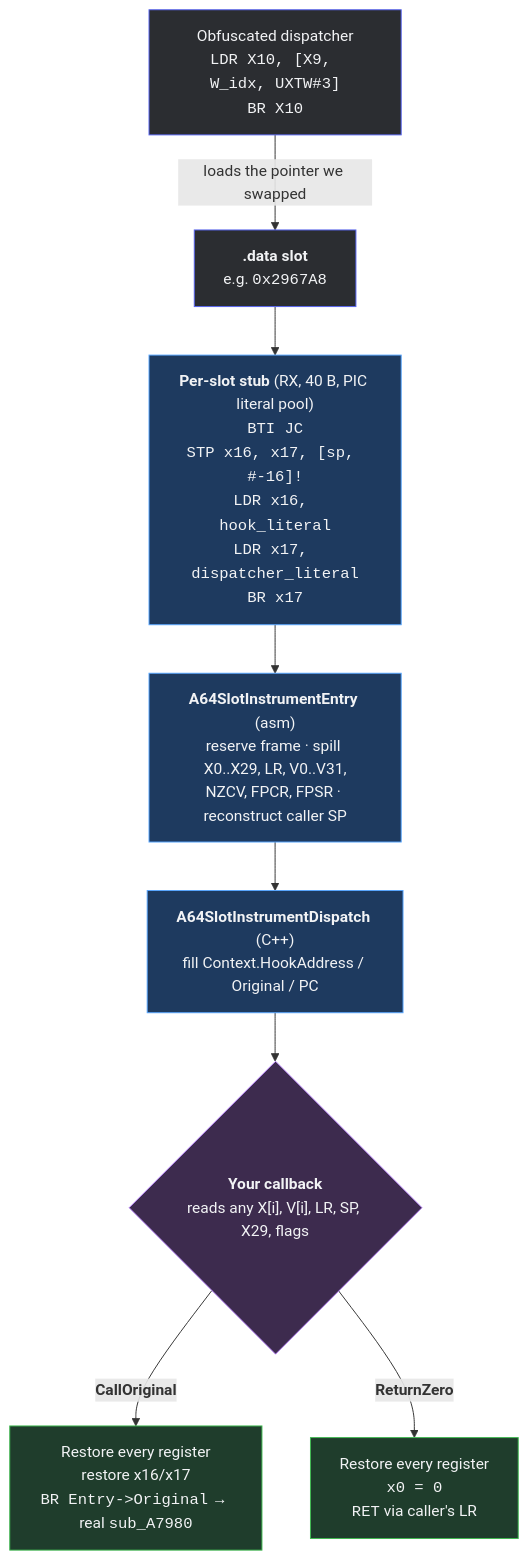
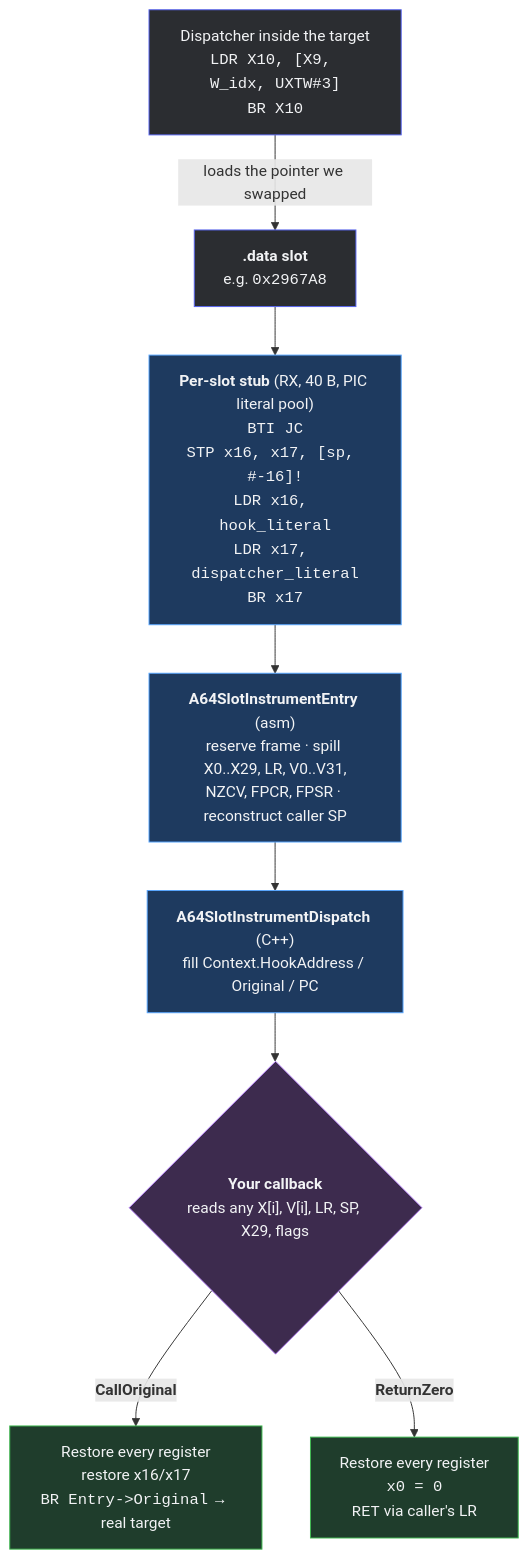
Before and after one commit to AlwaysAnticheat/A64SlotInstrument: the second of 2 diagrams in README.md, drawn with Mermaid. The commit also changed other lines of this file, not shown here.

First line of the commit message:
docs(readme): add normal-slot use case and layered visuals (model/sequence/details)

````diff
--- a/README.md
+++ b/README.md
@@ -247,19 +431,19 @@
 ```mermaid
 flowchart TD
-    A["Obfuscated dispatcher<br/><code>LDR X10, [X9, W_idx, UXTW#3]</code><br/><code>BR X10</code>"] -->|loads the pointer we swapped| B["<b>.data slot</b><br/>e.g. <code>0x2967A8</code>"]
+    A["Dispatcher inside the target<br/><code>LDR X10, [X9, W_idx, UXTW#3]</code><br/><code>BR X10</code>"] -->|loads the pointer we swapped| B["<b>.data slot</b><br/>e.g. <code>0x2967A8</code>"]
     B --> C["<b>Per-slot stub</b> (RX, 40 B, PIC literal pool)<br/><code>BTI JC</code><br/><code>STP x16, x17, [sp, #-16]!</code><br/><code>LDR x16, hook_literal</code><br/><code>LDR x17, dispatcher_literal</code><br/><code>BR x17</code>"]
     C --> D["<b>A64SlotInstrumentEntry</b> (asm)<br/>reserve frame · spill X0..X29, LR, V0..V31,<br/>NZCV, FPCR, FPSR · reconstruct caller SP"]
     D --> E["<b>A64SlotInstrumentDispatch</b> (C++)<br/>fill Context.HookAddress / Original / PC"]
     E --> F{"<b>Your callback</b><br/>reads any X[i], V[i], LR, SP, X29, flags"}
-    F -->|<b>CallOriginal</b>| G["Restore every register<br/>restore x16/x17<br/><code>BR Entry->Original</code> → real <code>sub_A7980</code>"]
+    F -->|<b>CallOriginal</b>| G["Restore every register<br/>restore x16/x17<br/><code>BR Entry->Original</code> → real target"]
     F -->|<b>ReturnZero</b>| H["Restore every register<br/><code>x0 = 0</code><br/><code>RET</code> via caller's LR"]
 
     classDef target fill:#2b2d31,stroke:#5865f2,color:#f2f3f5,stroke-width:1px;
     classDef ours   fill:#1e3a5f,stroke:#58a6ff,color:#f2f3f5,stroke-width:1px;
     classDef user   fill:#3d2b4e,stroke:#bb86fc,color:#f2f3f5,stroke-width:1px;
     classDef exit   fill:#1f3d2c,stroke:#3fb950,color:#f2f3f5,stroke-width:1px;
     class A,B target
     class C,D,E ours
     class F user
     class G,H exit
 ```
````
